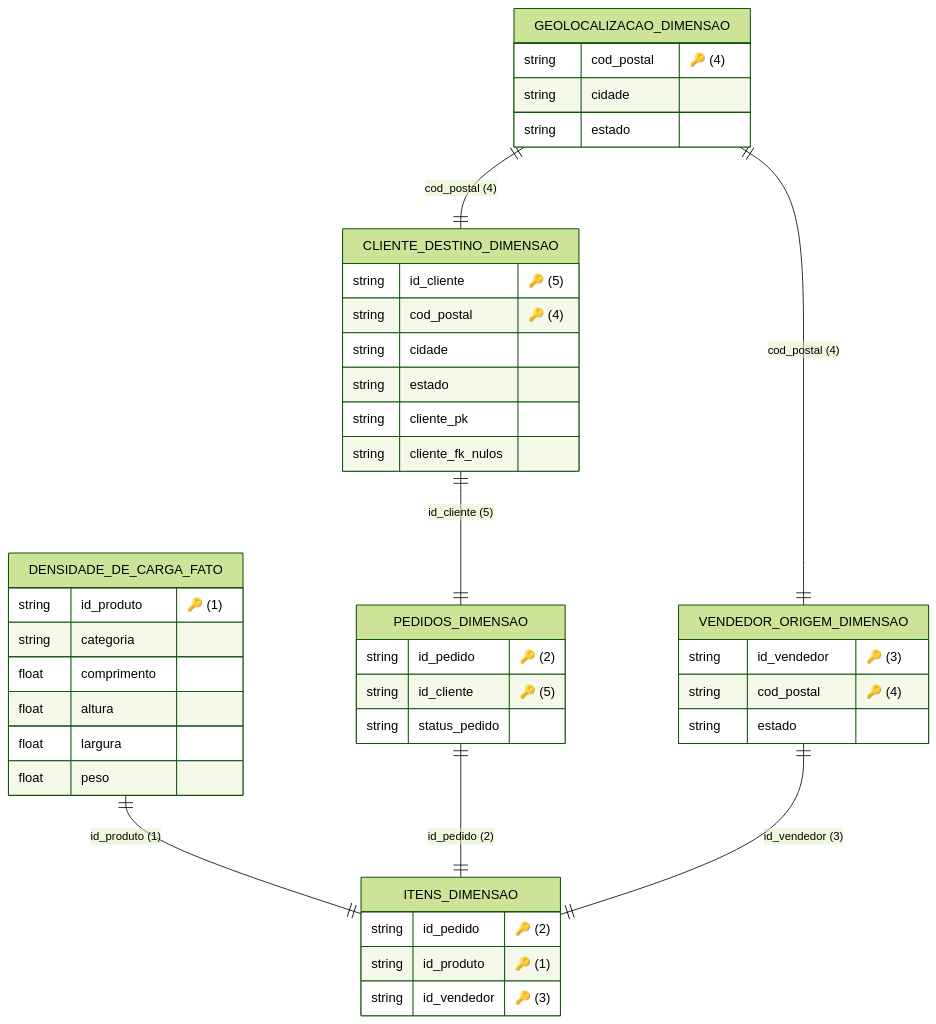
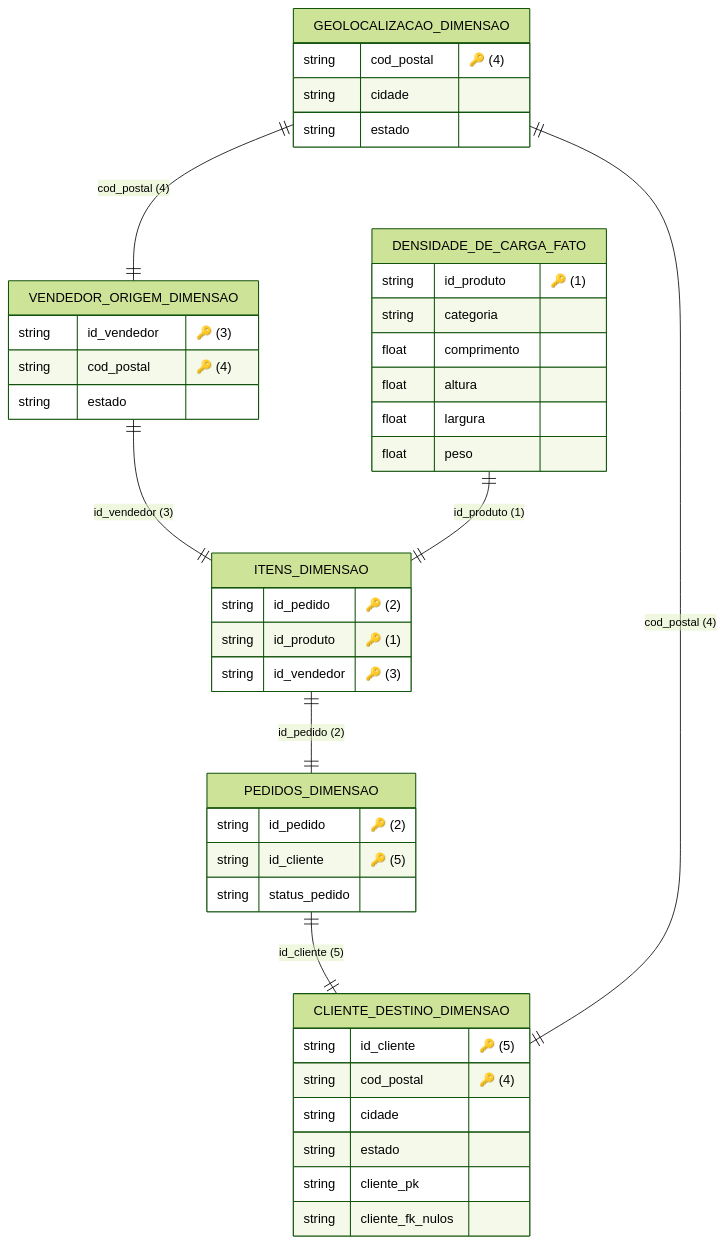
Before and after one commit to jdiegoandrade/analise-logistica-olist: the diagram in README.md, drawn with Mermaid (forest theme).

Commit message:
editando o diagrama entidade-relacionamento

````diff
--- a/README.md
+++ b/README.md
@@ -240,54 +240,57 @@
 ```mermaid
 erDiagram
-    %% --- TABELA FATO CENTRAL ---
+    %% --- LADO ESQUERDO DA SUA FOTO (Geolocalização e Origem) ---
+    GEOLOCALIZACAO_DIMENSAO {
+        string cod_postal "🔑 (4)"
+        string cidade
+        string estado
+    }
+
+    VENDEDOR_ORIGEM_DIMENSAO {
+        string id_vendedor "🔑 (3)"
+        string cod_postal "🔑 (4)"
+        string estado
+    }
+
+    %% --- CENTRO-ESQUERDO DA SUA FOTO (O Coração Fato) ---
     DENSIDADE_DE_CARGA_FATO {
         string id_produto "🔑 (1)"
         string categoria
         float comprimento
         float altura
         float largura
         float peso
     }
 
-    %% --- TABELAS DIMENSÃO ---
+    %% --- CENTRO-DIREITO DA SUA FOTO (A Ponte de Itens) ---
     ITENS_DIMENSAO {
         string id_pedido "🔑 (2)"
         string id_produto "🔑 (1)"
         string id_vendedor "🔑 (3)"
     }
 
+    %% --- LADO DIREITO SUPERIOR DA SUA FOTO (Fluxo de Pedidos) ---
     PEDIDOS_DIMENSAO {
         string id_pedido "🔑 (2)"
         string id_cliente "🔑 (5)"
         string status_pedido
     }
 
-    VENDEDOR_ORIGEM_DIMENSAO {
-        string id_vendedor "🔑 (3)"
-        string cod_postal "🔑 (4)"
-        string estado
-    }
-
+    %% --- LADO DIREITO INFERIOR DA SUA FOTO (Destino Final) ---
     CLIENTE_DESTINO_DIMENSAO {
         string id_cliente "🔑 (5)"
         string cod_postal "🔑 (4)"
         string cidade
         string estado
         string cliente_pk
         string cliente_fk_nulos
     }
 
-    GEOLOCALIZACAO_DIMENSAO {
-        string cod_postal "🔑 (4)"
-        string cidade
-        string estado
-    }
-
-    %% --- RELACIONAMENTOS LOGÍSTICOS E DIREÇÃO VISUAL DA FOTO ---
+    %% --- RELACIONAMENTOS COM DIREÇÃO E LAYOUT IDÊNTICOS À FOTO ---
+    GEOLOCALIZACAO_DIMENSAO ||--|| VENDEDOR_ORIGEM_DIMENSAO : "cod_postal (4)"
+    VENDEDOR_ORIGEM_DIMENSAO ||--|| ITENS_DIMENSAO : "id_vendedor (3)"
     DENSIDADE_DE_CARGA_FATO ||--|| ITENS_DIMENSAO : "id_produto (1)"
-    PEDIDOS_DIMENSAO ||--|| ITENS_DIMENSAO : "id_pedido (2)"
-    VENDEDOR_ORIGEM_DIMENSAO ||--|| ITENS_DIMENSAO : "id_vendedor (3)"
-    GEOLOCALIZACAO_DIMENSAO ||--|| VENDEDOR_ORIGEM_DIMENSAO : "cod_postal (4)"
+    ITENS_DIMENSAO ||--|| PEDIDOS_DIMENSAO : "id_pedido (2)"
+    PEDIDOS_DIMENSAO ||--|| CLIENTE_DESTINO_DIMENSAO : "id_cliente (5)"
     GEOLOCALIZACAO_DIMENSAO ||--|| CLIENTE_DESTINO_DIMENSAO : "cod_postal (4)"
-    CLIENTE_DESTINO_DIMENSAO ||--|| PEDIDOS_DIMENSAO : "id_cliente (5)"
 ```
````
